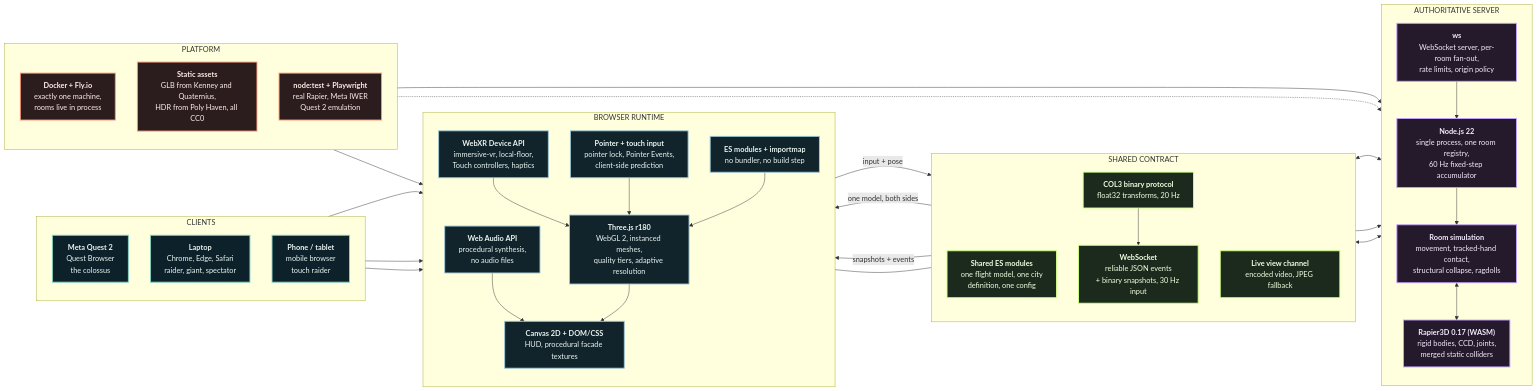
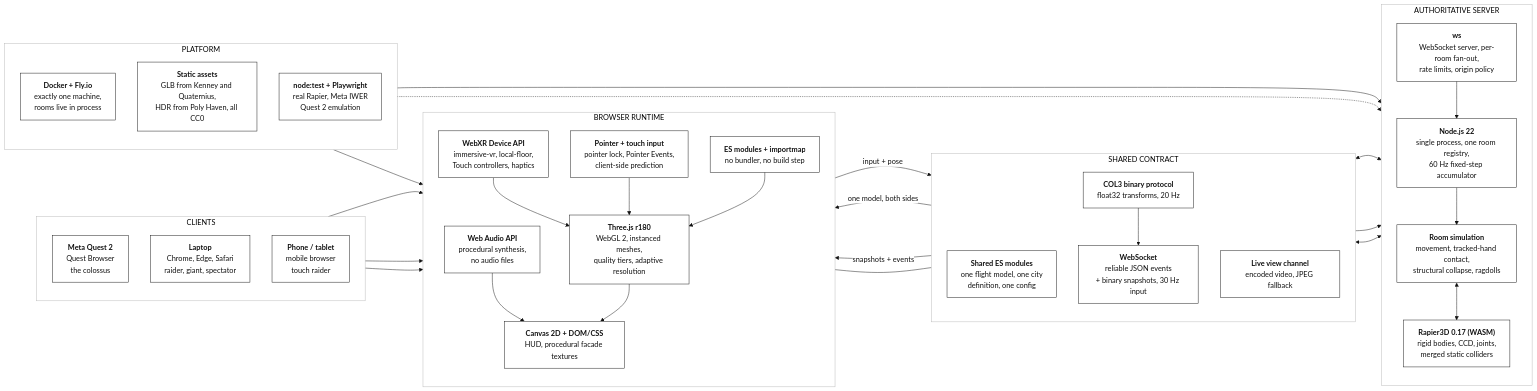
One commit to Maoric2018/colossus-city changed the first of 3 diagrams in docs/ARCHITECTURE_DIAGRAM.md. Above: the diagram before and after it, drawn with Mermaid. The commit also changed other lines of this file, not shown here.

First line of the commit message:
Render the architecture diagrams in black and white

````diff
--- a/docs/ARCHITECTURE_DIAGRAM.md
+++ b/docs/ARCHITECTURE_DIAGRAM.md
@@ -11,82 +11,71 @@
 ```mermaid
-%%{init: {"flowchart": {"nodeSpacing": 48, "rankSpacing": 56, "htmlLabels": true, "curve": "basis"}} }%%
+%%{init: {"theme":"base","themeVariables":{"primaryColor":"#ffffff","primaryTextColor":"#111111","primaryBorderColor":"#111111","secondaryColor":"#ffffff","tertiaryColor":"#ffffff","background":"#ffffff","lineColor":"#111111","textColor":"#111111","clusterBkg":"#ffffff","clusterBorder":"#b8b8b8","edgeLabelBackground":"#ffffff"},"flowchart":{"nodeSpacing":48,"rankSpacing":56,"htmlLabels":true,"curve":"basis"}} }%%
 flowchart LR
-
-classDef device fill:#0d212b,stroke:#7fd4c1,stroke-width:2px,color:#eaf6f2
-classDef client fill:#11232b,stroke:#9ec7d6,stroke-width:2px,color:#eaf6f2
-classDef shared fill:#1b2a1d,stroke:#ceff83,stroke-width:2px,color:#f2ffe2
-classDef server fill:#241a2b,stroke:#c6a0ff,stroke-width:2px,color:#f4ecff
-classDef plat fill:#2b1d1d,stroke:#ff9a7a,stroke-width:2px,color:#ffeee8
 
 subgraph D["CLIENTS"]
   direction TB
   Q["<b>Meta Quest 2</b><br/>Quest Browser<br/>the colossus"]
   L["<b>Laptop</b><br/>Chrome, Edge, Safari<br/>raider, giant, spectator"]
   P["<b>Phone / tablet</b><br/>mobile browser<br/>touch raider"]
 end
 
 subgraph C["BROWSER RUNTIME"]
   direction TB
   THREE["<b>Three.js r180</b><br/>WebGL 2, instanced meshes,<br/>quality tiers, adaptive resolution"]
   XR["<b>WebXR Device API</b><br/>immersive-vr, local-floor,<br/>Touch controllers, haptics"]
   IN["<b>Pointer + touch input</b><br/>pointer lock, Pointer Events,<br/>client-side prediction"]
   AUD["<b>Web Audio API</b><br/>procedural synthesis,<br/>no audio files"]
   DOM["<b>Canvas 2D + DOM/CSS</b><br/>HUD, procedural facade textures"]
   ESM["<b>ES modules + importmap</b><br/>no bundler, no build step"]
 end
 
 subgraph S["SHARED CONTRACT"]
   direction TB
   SM["<b>Shared ES modules</b><br/>one flight model, one city<br/>definition, one config"]
   PR["<b>COL3 binary protocol</b><br/>float32 transforms, 20 Hz"]
   WSC["<b>WebSocket</b><br/>reliable JSON events<br/>+ binary snapshots, 30 Hz input"]
   VID["<b>Live view channel</b><br/>encoded video, JPEG fallback"]
 end
 
 subgraph SV["AUTHORITATIVE SERVER"]
   direction TB
   NODE["<b>Node.js 22</b><br/>single process, one room registry,<br/>60 Hz fixed-step accumulator"]
   WSS["<b>ws</b><br/>WebSocket server, per-room fan-out,<br/>rate limits, origin policy"]
   RAP["<b>Rapier3D 0.17 (WASM)</b><br/>rigid bodies, CCD, joints,<br/>merged static colliders"]
   SIM["<b>Room simulation</b><br/>movement, tracked-hand contact,<br/>structural collapse, ragdolls"]
 end
 
 subgraph PL["PLATFORM"]
   direction TB
   FLY["<b>Docker + Fly.io</b><br/>exactly one machine,<br/>rooms live in process"]
   AST["<b>Static assets</b><br/>GLB from Kenney and Quaternius,<br/>HDR from Poly Haven, all CC0"]
   TST["<b>node:test + Playwright</b><br/>real Rapier, Meta IWER<br/>Quest 2 emulation"]
 end
 
 Q --> XR
 L --> IN
 P --> IN
 XR --> THREE
 IN --> THREE
 ESM --> THREE
 AUD --> DOM
 THREE --> DOM
 
 IN -->|"input + pose"| WSC
 SM -->|"one model, both sides"| IN
 PR --> WSC
 WSC -->|"snapshots + events"| THREE
 VID --- DOM
 
 WSC <--> WSS
 SM --> SIM
 VID <--> NODE
 WSS --> NODE
 NODE --> SIM
 SIM <--> RAP
 
 FLY --> NODE
 AST --> THREE
 TST -.-> SIM
 
-class Q,L,P device
-class THREE,XR,IN,AUD,DOM,ESM client
-class SM,PR,WSC,VID shared
-class NODE,WSS,RAP,SIM server
-class FLY,AST,TST plat
 ```
````
